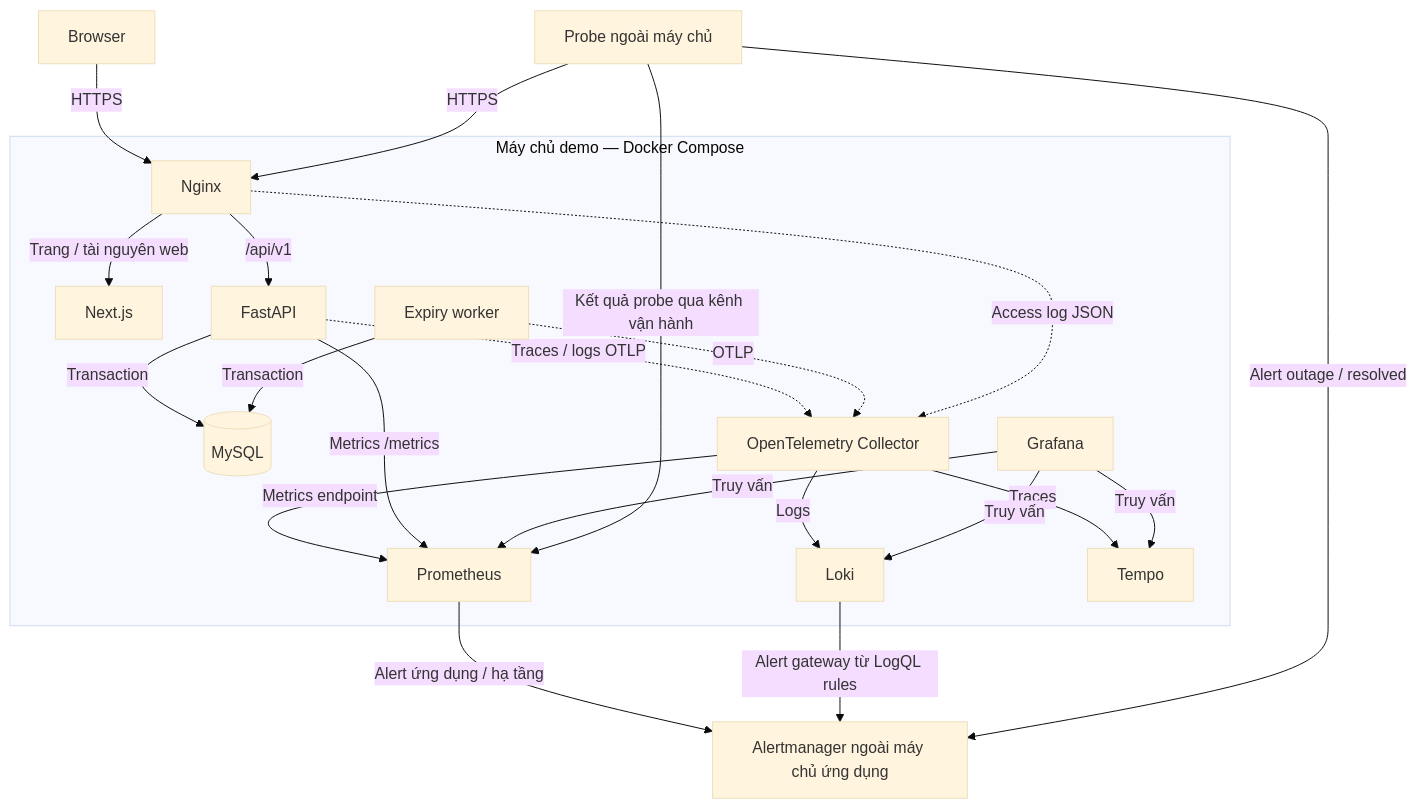
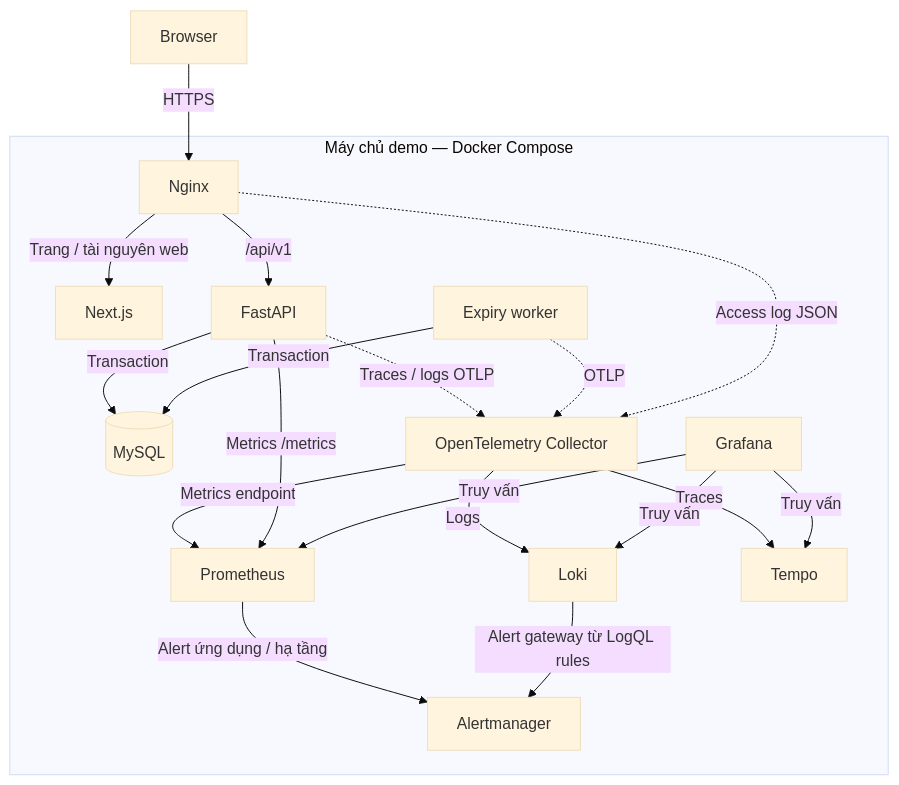
Before and after one commit to 4PMs-3Workers/Production-Readiness-Lab: the fifth of 5 diagrams in docs/architecture/system-design.md, drawn with Mermaid (base theme). The commit also changed other lines of this file and 1 other file, not shown here.

Commit message:
docs(observability): clarify operations and alert boundaries

````diff
--- a/docs/architecture/system-design.md
+++ b/docs/architecture/system-design.md
@@ -517,26 +517,23 @@
 ```mermaid
 flowchart TB
     Browser["Browser"] -->|"HTTPS"| Proxy["Nginx"]
     subgraph AppHost["Máy chủ demo — Docker Compose"]
         Proxy -->|"Trang / tài nguyên web"| Web["Next.js"]
         Proxy -->|"/api/v1"| API["FastAPI"]
         API -->|"Transaction"| DB[("MySQL")]
         Worker["Expiry worker"] -->|"Transaction"| DB
         API -.->|"Traces / logs OTLP"| Collector["OpenTelemetry Collector"]
         Worker -.->|"OTLP"| Collector
         Proxy -.->|"Access log JSON"| Collector
         Collector -->|"Metrics endpoint"| Prom["Prometheus"]
         Collector -->|"Logs"| Loki["Loki"]
         Collector -->|"Traces"| Tempo["Tempo"]
         API -->|"Metrics /metrics"| Prom
         Grafana["Grafana"] -->|"Truy vấn"| Prom
         Grafana -->|"Truy vấn"| Loki
         Grafana -->|"Truy vấn"| Tempo
+        Alert["Alertmanager"]
+        Prom -->|"Alert ứng dụng / hạ tầng"| Alert
+        Loki -->|"Alert gateway từ LogQL rules"| Alert
     end
-    Alert["Alertmanager ngoài máy chủ ứng dụng"]
-    Prom -->|"Alert ứng dụng / hạ tầng"| Alert
-    Loki -->|"Alert gateway từ LogQL rules"| Alert
-    Probe["Probe ngoài máy chủ"] -->|"HTTPS"| Proxy
-    Probe -->|"Alert outage / resolved"| Alert
-    Probe -->|"Kết quả probe qua kênh vận hành"| Prom
 ```
````
